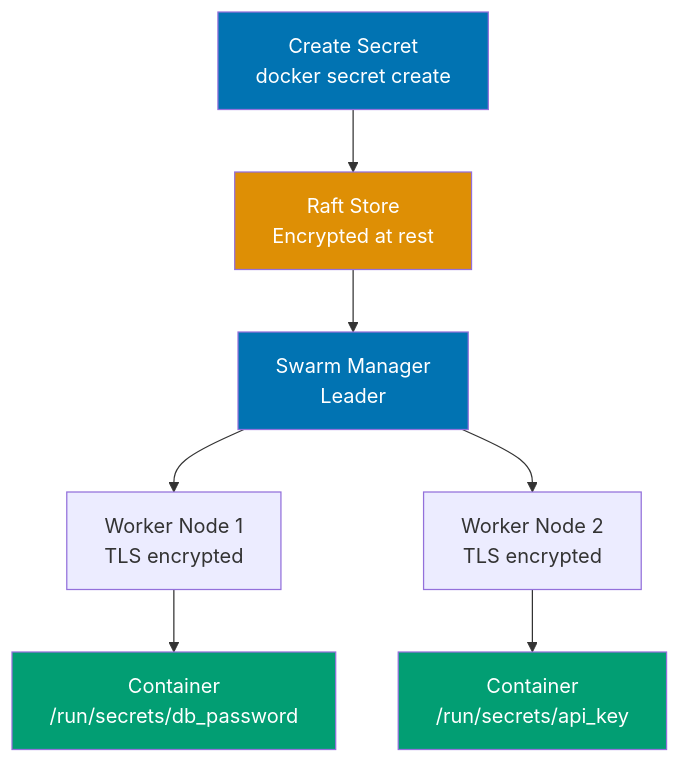
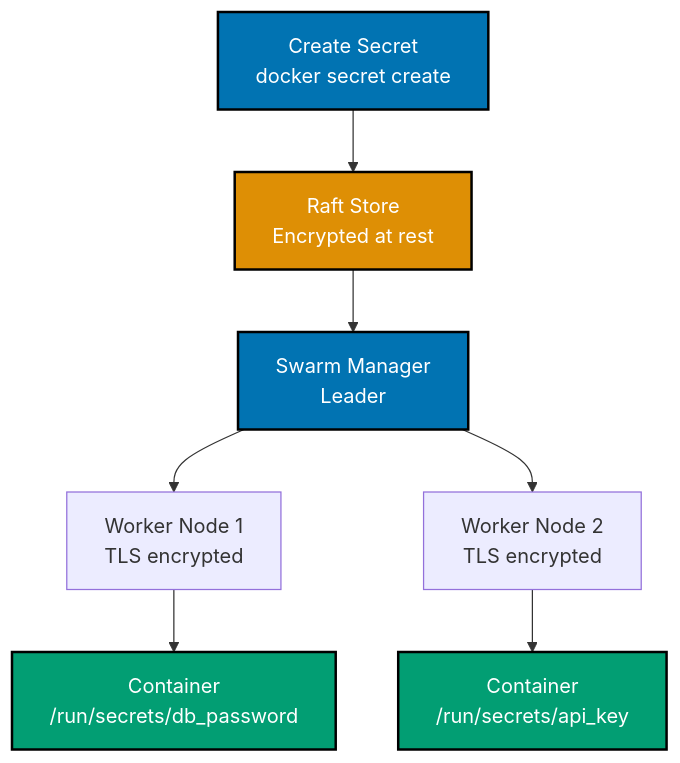
Before and after one commit to wahidyankf/open-sharia-enterprise: the third of 14 diagrams in apps/ayokoding-web/content/en/learn/software-engineering/infrastructure/tools/docker/by-example/advanced.md, drawn with Mermaid. The commit also changed other lines of this file and 25 other files, not shown here.

````diff
--- a/apps/ayokoding-web/content/en/learn/software-engineering/infrastructure/tools/docker/by-example/advanced.md
+++ b/apps/ayokoding-web/content/en/learn/software-engineering/infrastructure/tools/docker/by-example/advanced.md
@@ -362,16 +364,17 @@
 ```mermaid
+%% Color Palette: Blue #0173B2, Orange #DE8F05, Teal #029E73, Purple #CC78BC, Brown #CA9161
 %% Docker secrets flow
 graph TD
  A["Create Secret<br/>docker secret create"] --> B["Raft Store<br/>Encrypted at rest"]
  B --> C["Swarm Manager<br/>Leader"]
  C --> D1["Worker Node 1<br/>TLS encrypted"]
  C --> D2["Worker Node 2<br/>TLS encrypted"]
  D1 --> E1["Container<br/>/run/secrets/db_password"]
  D2 --> E2["Container<br/>/run/secrets/api_key"]
 
- style A fill:#0173B2,color:#fff
- style B fill:#DE8F05,color:#fff
- style C fill:#0173B2,color:#fff
- style E1 fill:#029E73,color:#fff
- style E2 fill:#029E73,color:#fff
+ style A fill:#0173B2,stroke:#000000,stroke-width:2px,color:#fff
+ style B fill:#DE8F05,stroke:#000000,stroke-width:2px,color:#fff
+ style C fill:#0173B2,stroke:#000000,stroke-width:2px,color:#fff
+ style E1 fill:#029E73,stroke:#000000,stroke-width:2px,color:#fff
+ style E2 fill:#029E73,stroke:#000000,stroke-width:2px,color:#fff
 ```
````
